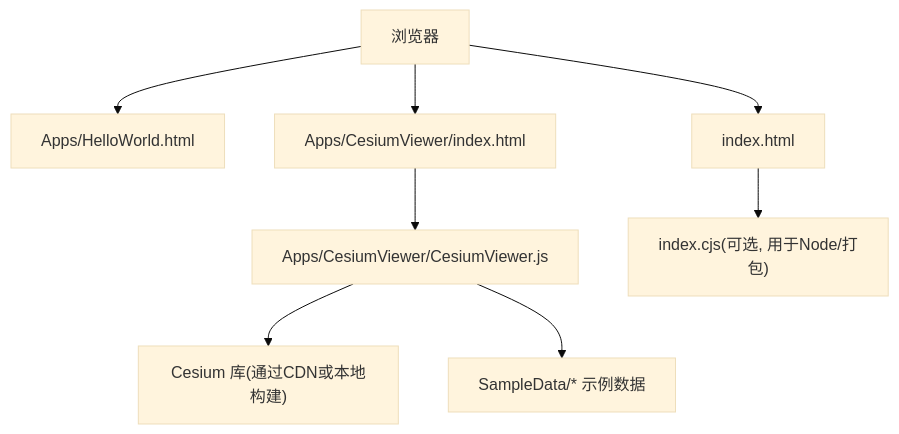
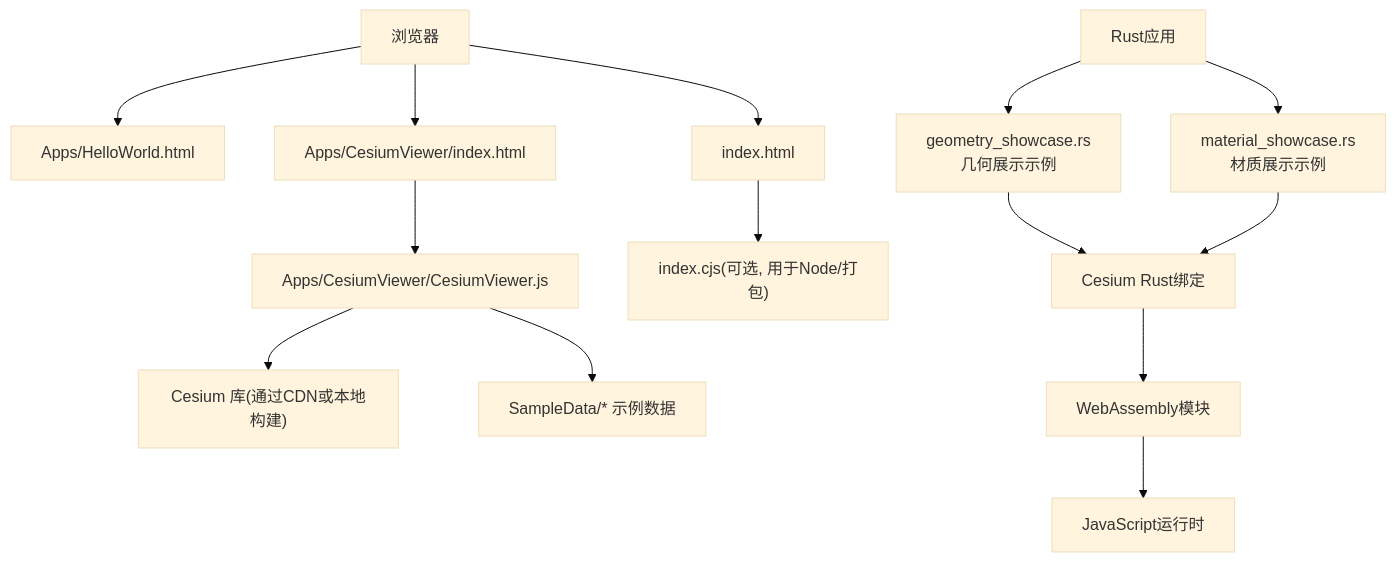
Before and after one commit to rzhangjing/cesium: the first of 3 diagrams in .qoder/repowiki/zh/content/示例教程/基础示例.md, drawn with Mermaid (base theme). The commit also changed other lines of this file and 30 other files, not shown here.

````diff
--- a/.qoder/repowiki/zh/content/示例教程/基础示例.md
+++ b/.qoder/repowiki/zh/content/示例教程/基础示例.md
@@ -44,10 +56,16 @@
 ```mermaid
 graph TB
 A["浏览器"] --> B["Apps/HelloWorld.html"]
 A --> C["index.html"]
 A --> D["Apps/CesiumViewer/index.html"]
 D --> E["Apps/CesiumViewer/CesiumViewer.js"]
 E --> F["Cesium 库(通过CDN或本地构建)"]
 E --> G["SampleData/* 示例数据"]
 C --> H["index.cjs(可选, 用于Node/打包)"]
+I["Rust应用"] --> J["geometry_showcase.rs<br/>几何展示示例"]
+I --> K["material_showcase.rs<br/>材质展示示例"]
+J --> L["Cesium Rust绑定"]
+K --> L
+L --> M["WebAssembly模块"]
+M --> N["JavaScript运行时"]
 ```
````
